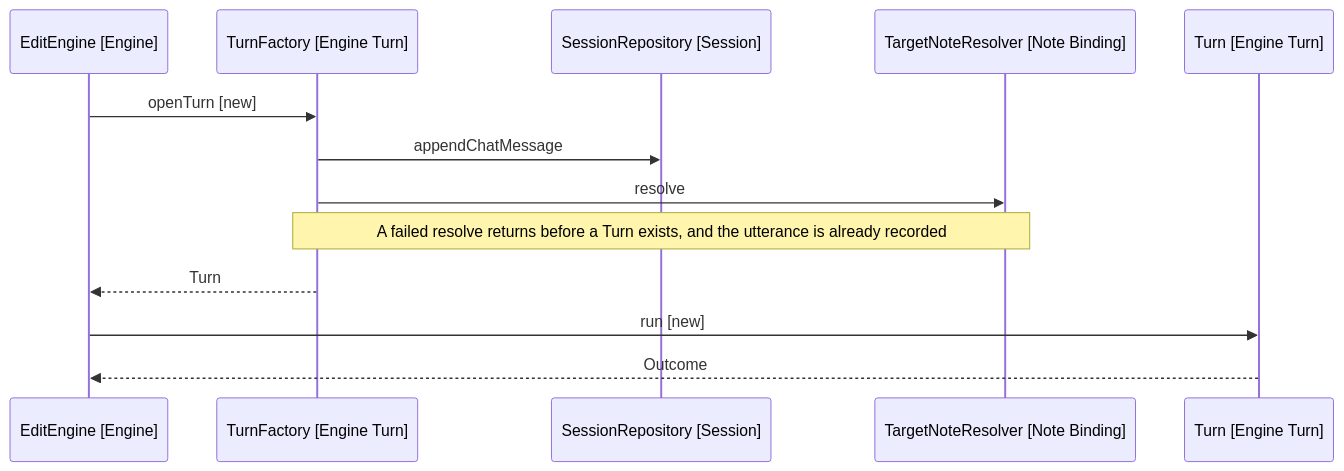
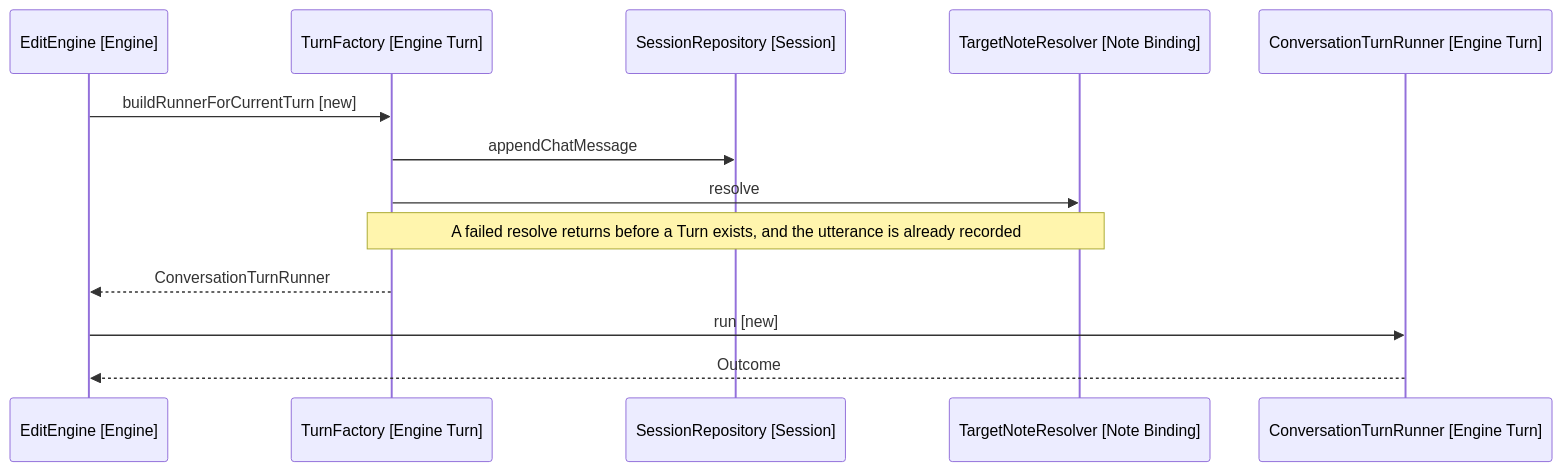
One commit to iparips/obsidian-owl changed the second of 2 diagrams in docs/spec/17-layering/5-design-self-running-turn.md. Above: the diagram before and after it, drawn with Mermaid. The commit also changed other lines of this file and 9 other files, not shown here.

````diff
--- a/docs/spec/17-layering/5-design-self-running-turn.md
+++ b/docs/spec/17-layering/5-design-self-running-turn.md
@@ -72,16 +72,16 @@
 ```mermaid
 sequenceDiagram
     participant Engine as EditEngine [Engine]
     participant Factory as TurnFactory [Engine Turn]
     participant Session as SessionRepository [Session]
     participant Resolver as TargetNoteResolver [Note Binding]
-    participant Turn as Turn [Engine Turn]
+    participant Turn as ConversationTurnRunner [Engine Turn]
 
-    Engine->>Factory: openTurn [new]
+    Engine->>Factory: buildRunnerForCurrentTurn [new]
     Factory->>Session: appendChatMessage
     Factory->>Resolver: resolve
     Note over Factory,Resolver: A failed resolve returns before a Turn exists, and the utterance is already recorded
-    Factory-->>Engine: Turn
+    Factory-->>Engine: ConversationTurnRunner
     Engine->>Turn: run [new]
     Turn-->>Engine: Outcome
 ```
````
